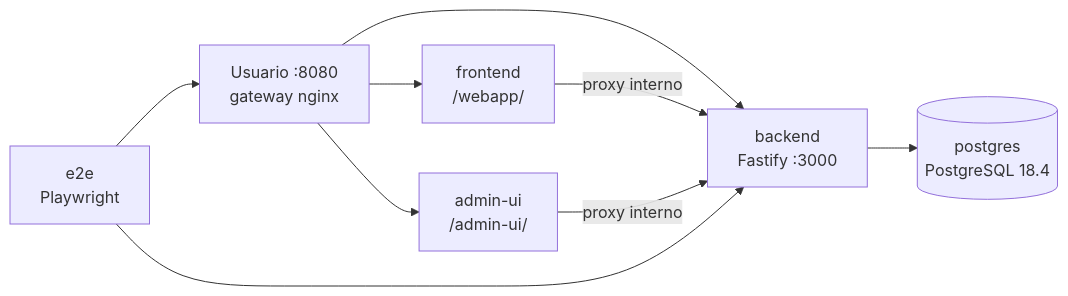
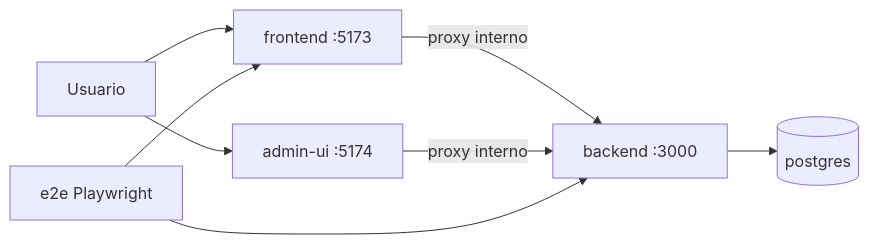
Before and after one commit to leriqueg/tador: the first of 2 diagrams in docs/dockerizacion.md, drawn with Mermaid. The commit also changed other lines of this file and 6 other files, not shown here.

````diff
--- a/docs/dockerizacion.md
+++ b/docs/dockerizacion.md
@@ -43,11 +43,10 @@
 ```mermaid
 flowchart LR
-    G[Usuario :8080<br/>gateway nginx] --> F[frontend<br/>/webapp/]
-    G --> A[admin-ui<br/>/admin-ui/]
-    G --> B[backend<br/>Fastify :3000]
-    F -->|proxy interno| B
+    U[Usuario] --> F[frontend :5173]
+    U --> A[admin-ui :5174]
+    F -->|proxy interno| B[backend :3000]
     A -->|proxy interno| B
-    B --> P[(postgres<br/>PostgreSQL 18.4)]
-    E[e2e<br/>Playwright] --> G
+    B --> P[(postgres)]
+    E[e2e Playwright] --> F
     E --> B
 ```
````
